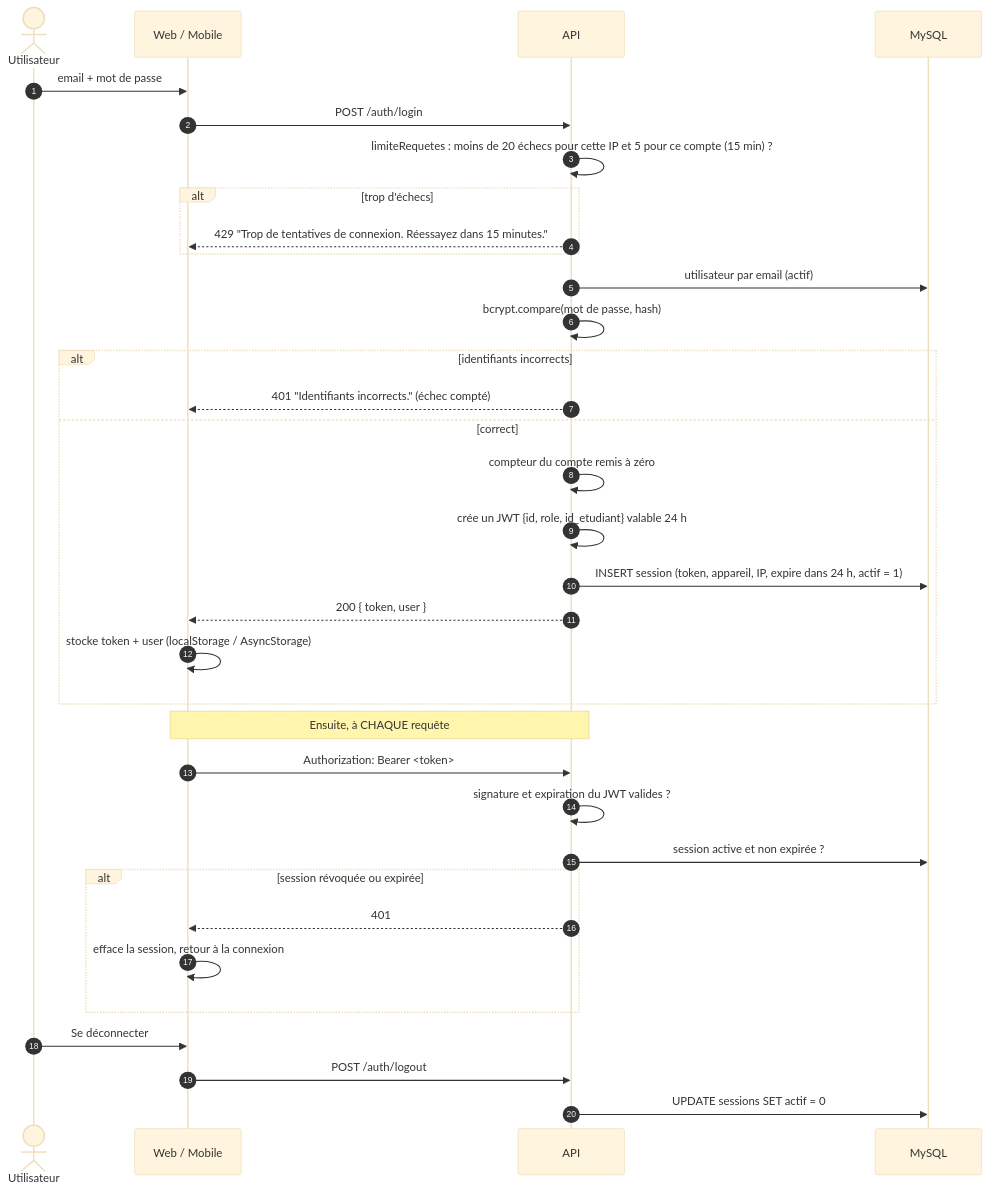
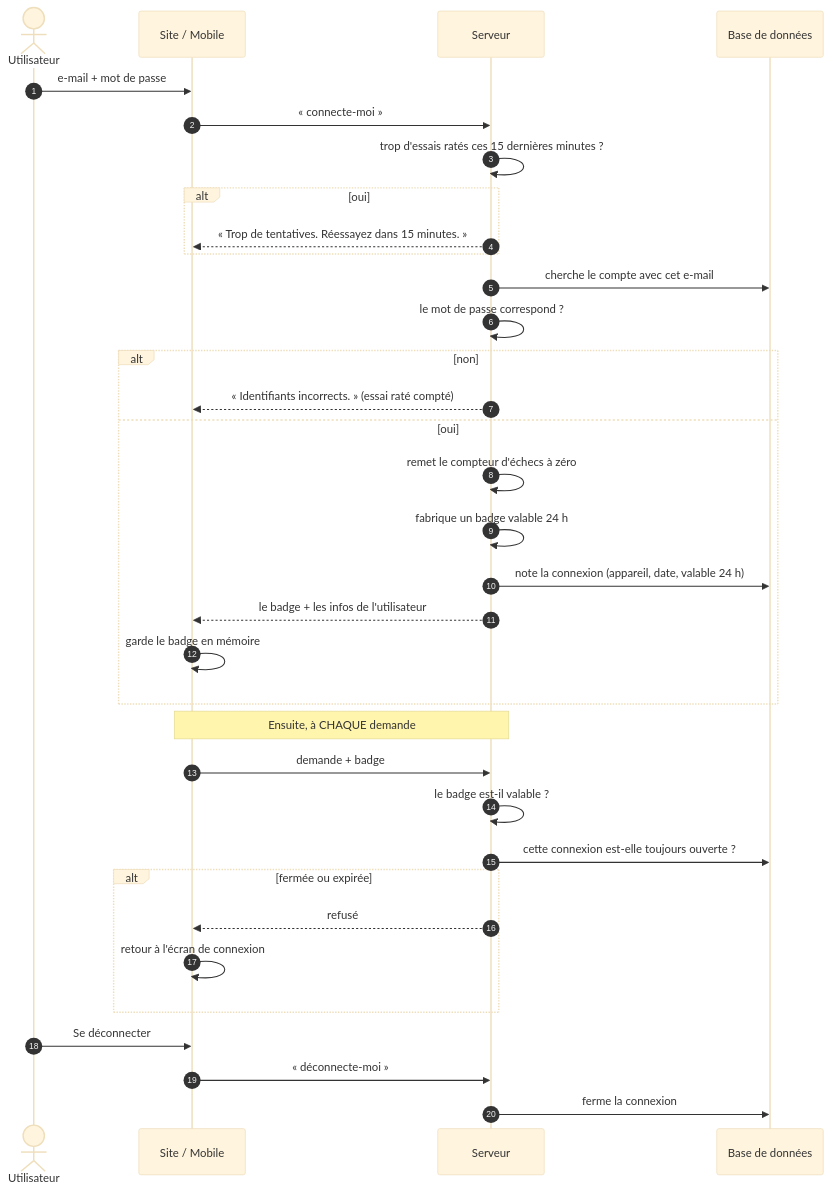
Before and after one commit to eliaTolojanahary/gestionFormation_stage: the seventh of 23 diagrams in FLUX-APPLICATION.md, drawn with Mermaid (base theme). The commit also changed other lines of this file and 69 other files, not shown here.

````diff
--- a/FLUX-APPLICATION.md
+++ b/FLUX-APPLICATION.md
@@ -616,39 +834,39 @@
 ```mermaid
 sequenceDiagram
     autonumber
     actor U as Utilisateur
-    participant Client as Web / Mobile
-    participant API
-    participant DB as MySQL
+    participant Client as Site / Mobile
+    participant API as Serveur
+    participant DB as Base de données
 
-    U->>Client: email + mot de passe
-    Client->>API: POST /auth/login
-    API->>API: limiteRequetes : moins de 20 échecs pour cette IP et 5 pour ce compte (15 min) ?
-    alt trop d'échecs
-        API-->>Client: 429 "Trop de tentatives de connexion. Réessayez dans 15 minutes."
+    U->>Client: e-mail + mot de passe
+    Client->>API: « connecte-moi »
+    API->>API: trop d'essais ratés ces 15 dernières minutes ?
+    alt oui
+        API-->>Client: « Trop de tentatives. Réessayez dans 15 minutes. »
     end
-    API->>DB: utilisateur par email (actif)
-    API->>API: bcrypt.compare(mot de passe, hash)
-    alt identifiants incorrects
-        API-->>Client: 401 "Identifiants incorrects." (échec compté)
-    else correct
-        API->>API: compteur du compte remis à zéro
-        API->>API: crée un JWT {id, role, id_etudiant} valable 24 h
-        API->>DB: INSERT session (token, appareil, IP, expire dans 24 h, actif = 1)
-        API-->>Client: 200 { token, user }
-        Client->>Client: stocke token + user (localStorage / AsyncStorage)
+    API->>DB: cherche le compte avec cet e-mail
+    API->>API: le mot de passe correspond ?
+    alt non
+        API-->>Client: « Identifiants incorrects. » (essai raté compté)
+    else oui
+        API->>API: remet le compteur d'échecs à zéro
+        API->>API: fabrique un badge valable 24 h
+        API->>DB: note la connexion (appareil, date, valable 24 h)
+        API-->>Client: le badge + les infos de l'utilisateur
+        Client->>Client: garde le badge en mémoire
     end
 
-    Note over Client,API: Ensuite, à CHAQUE requête
-    Client->>API: Authorization: Bearer <token>
-    API->>API: signature et expiration du JWT valides ?
-    API->>DB: session active et non expirée ?
-    alt session révoquée ou expirée
-        API-->>Client: 401
-        Client->>Client: efface la session, retour à la connexion
+    Note over Client,API: Ensuite, à CHAQUE demande
+    Client->>API: demande + badge
+    API->>API: le badge est-il valable ?
+    API->>DB: cette connexion est-elle toujours ouverte ?
+    alt fermée ou expirée
+        API-->>Client: refusé
+        Client->>Client: retour à l'écran de connexion
     end
 
     U->>Client: Se déconnecter
-    Client->>API: POST /auth/logout
-    API->>DB: UPDATE sessions SET actif = 0
+    Client->>API: « déconnecte-moi »
+    API->>DB: ferme la connexion
 ```
````
